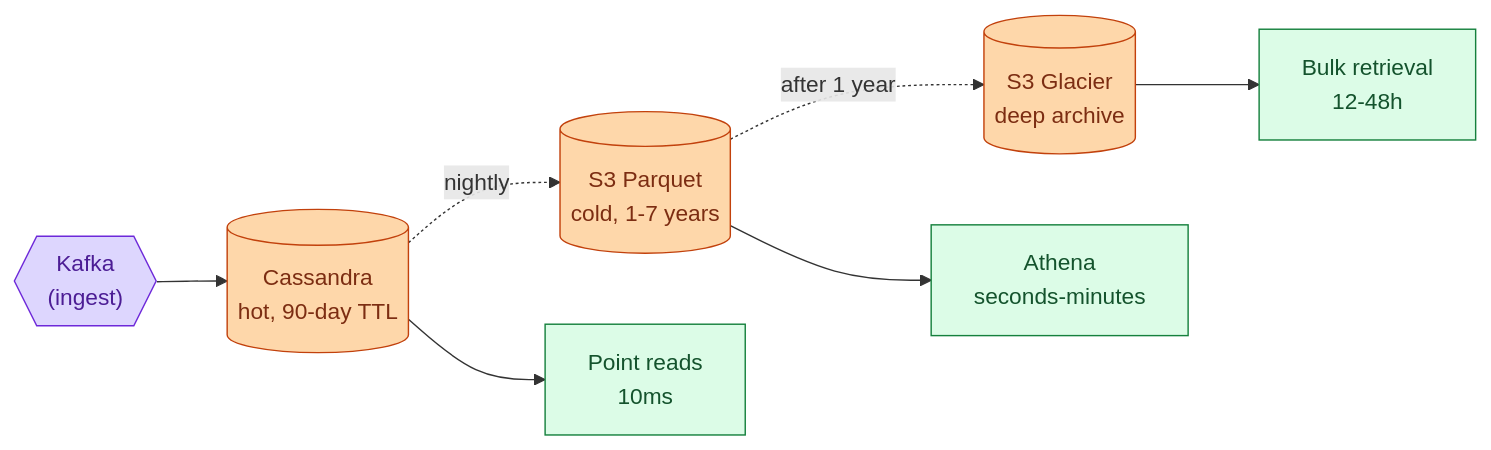
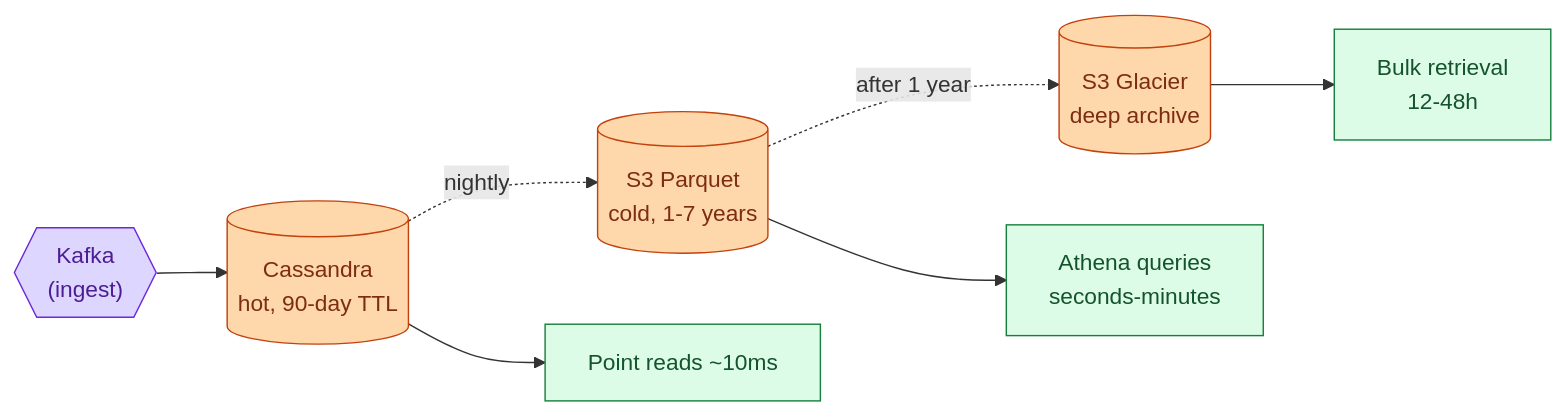
Diagram 17 of 21 in _practice/system-design/018-write-heavy-patterns.md (shiningflash/shiningflash.github.io), drawn with Mermaid before and after one commit. The commit also changed other lines of this file and 18 other files, not shown here.

````diff
--- a/_practice/system-design/018-write-heavy-patterns.md
+++ b/_practice/system-design/018-write-heavy-patterns.md
@@ -813,13 +750,13 @@
 ```mermaid
 flowchart LR
     K{{"Kafka<br/>(ingest)"}}:::queue --> CS[("Cassandra<br/>hot, 90-day TTL")]:::db
     CS -.nightly.-> S3[("S3 Parquet<br/>cold, 1-7 years")]:::db
     S3 -.after 1 year.-> GL[("S3 Glacier<br/>deep archive")]:::db
-    CS --> Q1["Point reads<br/>10ms"]:::app
-    S3 --> AT["Athena<br/>seconds-minutes"]:::app
+    CS --> Q1["Point reads ~10ms"]:::app
+    S3 --> AT["Athena queries<br/>seconds-minutes"]:::app
     GL --> RC["Bulk retrieval<br/>12-48h"]:::app
 
     classDef db    fill:#fed7aa,stroke:#c2410c,color:#7c2d12
     classDef app   fill:#dcfce7,stroke:#15803d,color:#14532d
     classDef queue fill:#ddd6fe,stroke:#6d28d9,color:#4c1d95
 ```
````
